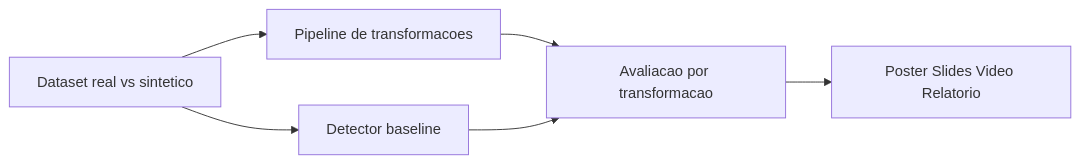
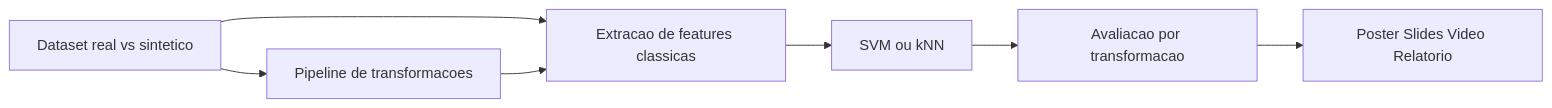
One commit to Ig0r-Rosa/DeteccaoImagensSinteticas changed the diagram in README.md. Above: the diagram before and after it, drawn with Mermaid. The commit also changed other lines of this file and 6 other files, not shown here.

````diff
--- a/README.md
+++ b/README.md
@@ -28,14 +30,16 @@
 ```mermaid
 flowchart LR
     dataset[Dataset real vs sintetico]
+    features[Extracao de features classicas]
     transforms[Pipeline de transformacoes]
-    detector[Detector baseline]
+    classifier[SVM ou kNN]
     eval[Avaliacao por transformacao]
     outputs[Poster Slides Video Relatorio]
 
+    dataset --> features
+    features --> classifier
     dataset --> transforms
-    dataset --> detector
-    transforms --> eval
-    detector --> eval
+    transforms --> features
+    classifier --> eval
     eval --> outputs
 ```
````
